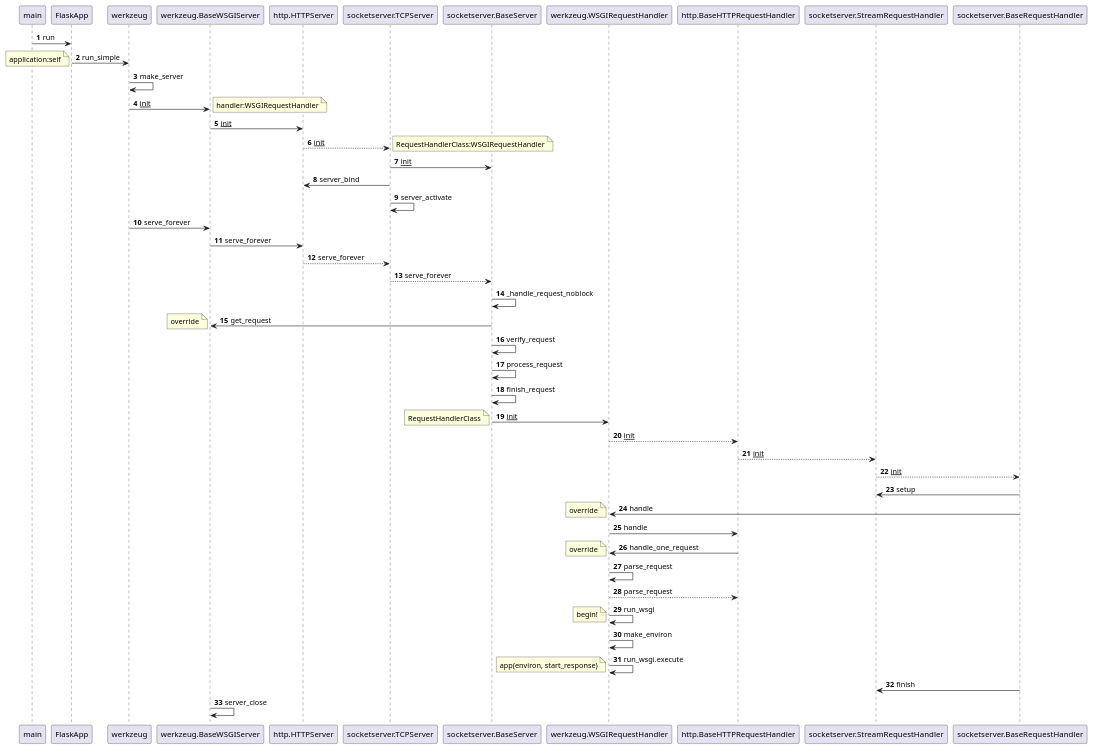
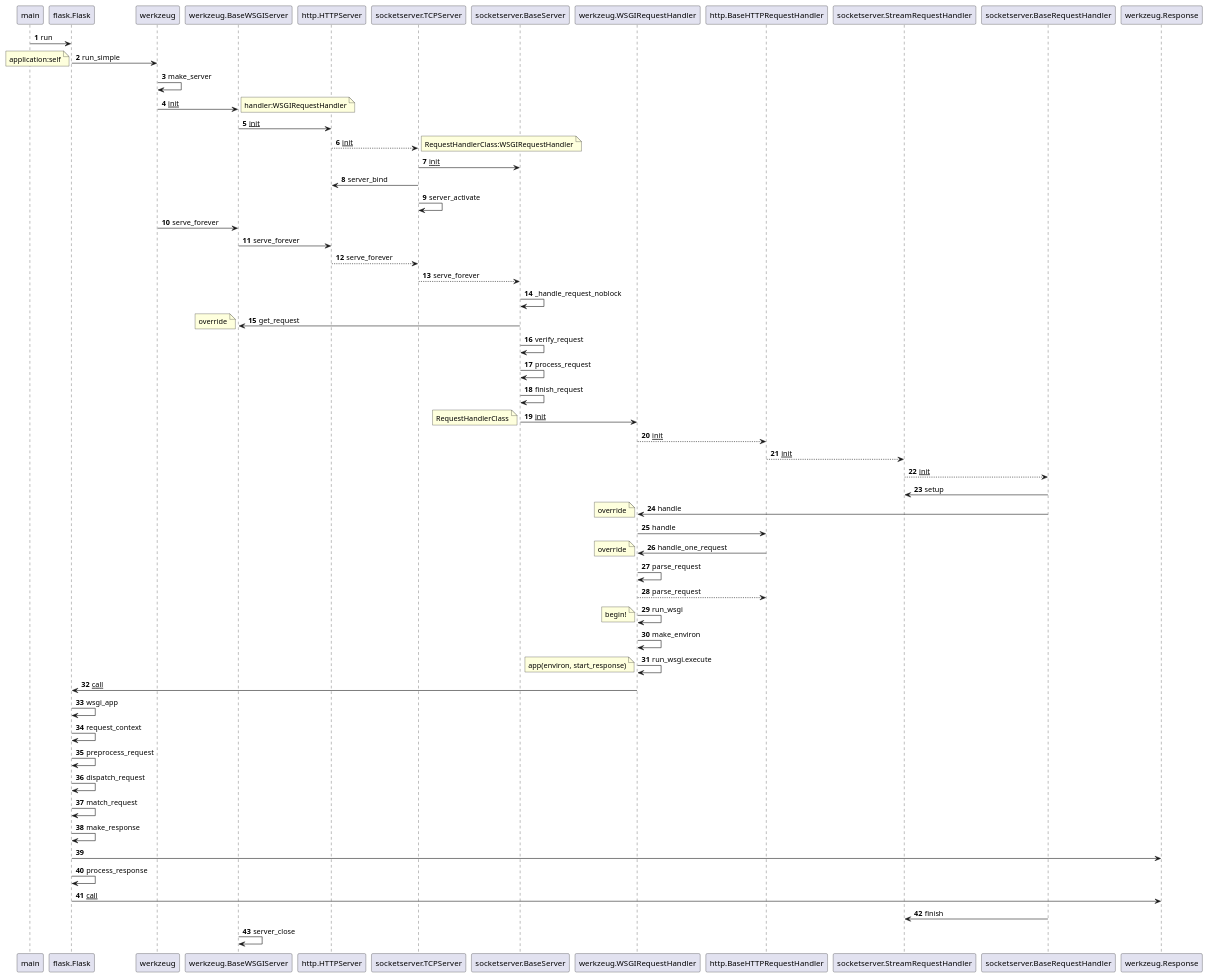
Before and after one commit to DZL1943/learn_flask: the second of 2 diagrams in flask-callflow.md, drawn with PlantUML.

````diff
--- a/flask-callflow.md
+++ b/flask-callflow.md
@@ -170,50 +170,60 @@
 ```plantuml
 @startuml flask-callflow
 autonumber
-main -> FlaskApp: run
-    FlaskApp -> werkzeug: run_simple
+main -> flask.Flask: run
+    flask.Flask -> werkzeug: run_simple
     note left: application:self
         werkzeug -> werkzeug: make_server
             werkzeug -> werkzeug.BaseWSGIServer: __init__
             note right: handler:WSGIRequestHandler
                 werkzeug.BaseWSGIServer -> http.HTTPServer: __init__
                 http.HTTPServer --> socketserver.TCPServer: __init__
                 note right: RequestHandlerClass:WSGIRequestHandler
                     socketserver.TCPServer -> socketserver.BaseServer: __init__
                     socketserver.TCPServer -> http.HTTPServer: server_bind
                     'note left: override
                     socketserver.TCPServer -> socketserver.TCPServer: server_activate
         werkzeug -> werkzeug.BaseWSGIServer: serve_forever
             werkzeug.BaseWSGIServer -> http.HTTPServer: serve_forever
             http.HTTPServer --> socketserver.TCPServer: serve_forever
             socketserver.TCPServer --> socketserver.BaseServer: serve_forever
                 socketserver.BaseServer -> socketserver.BaseServer: _handle_request_noblock
                     socketserver.BaseServer -> werkzeug.BaseWSGIServer: get_request
                     note left: override
                     socketserver.BaseServer -> socketserver.BaseServer: verify_request
                     socketserver.BaseServer -> socketserver.BaseServer: process_request
                         socketserver.BaseServer -> socketserver.BaseServer: finish_request
                             socketserver.BaseServer -> werkzeug.WSGIRequestHandler: __init__
                             note left: RequestHandlerClass
                             werkzeug.WSGIRequestHandler --> http.BaseHTTPRequestHandler: __init__
                             http.BaseHTTPRequestHandler --> socketserver.StreamRequestHandler: __init__
                             socketserver.StreamRequestHandler --> socketserver.BaseRequestHandler: __init__
                                 socketserver.BaseRequestHandler -> socketserver.StreamRequestHandler: setup
                                 'note left: override
                                 socketserver.BaseRequestHandler -> werkzeug.WSGIRequestHandler: handle
                                 note left: override
                                     werkzeug.WSGIRequestHandler -> http.BaseHTTPRequestHandler: handle
                                         http.BaseHTTPRequestHandler -> werkzeug.WSGIRequestHandler: handle_one_request
                                         note left: override
                                             werkzeug.WSGIRequestHandler -> werkzeug.WSGIRequestHandler: parse_request
                                             werkzeug.WSGIRequestHandler --> http.BaseHTTPRequestHandler: parse_request
                                             werkzeug.WSGIRequestHandler -> werkzeug.WSGIRequestHandler: run_wsgi
                                             note left: begin!
                                                 werkzeug.WSGIRequestHandler -> werkzeug.WSGIRequestHandler: make_environ
                                                 werkzeug.WSGIRequestHandler -> werkzeug.WSGIRequestHandler: run_wsgi.execute
                                                 note left: app(environ, start_response)
+                                                    werkzeug.WSGIRequestHandler -> flask.Flask: __call__
+                                                        flask.Flask -> flask.Flask: wsgi_app
+                                                            flask.Flask -> flask.Flask: request_context
+                                                            flask.Flask -> flask.Flask: preprocess_request
+                                                            flask.Flask -> flask.Flask: dispatch_request
+                                                                flask.Flask -> flask.Flask: match_request
+                                                            flask.Flask -> flask.Flask: make_response
+                                                                flask.Flask -> werkzeug.Response
+                                                            flask.Flask -> flask.Flask: process_response
+                                                            flask.Flask -> werkzeug.Response: __call__
                                 socketserver.BaseRequestHandler -> socketserver.StreamRequestHandler: finish
                                 'note left: override
             werkzeug.BaseWSGIServer -> werkzeug.BaseWSGIServer: server_close
 @enduml
 ```
````
